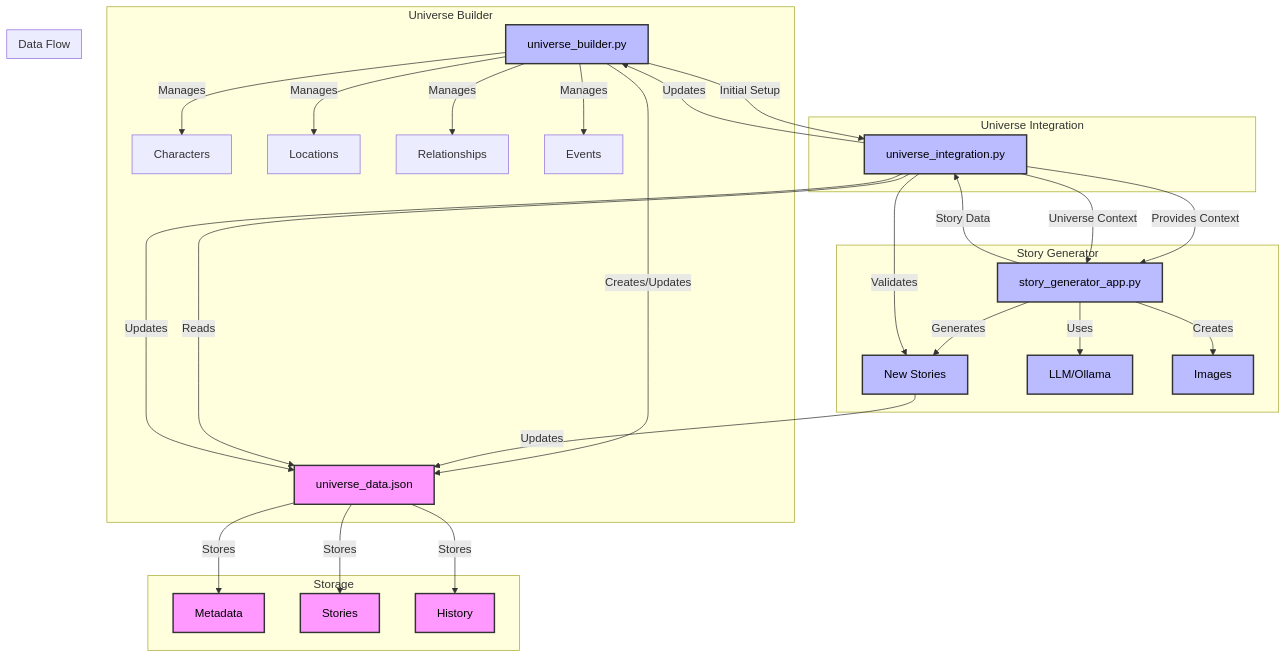
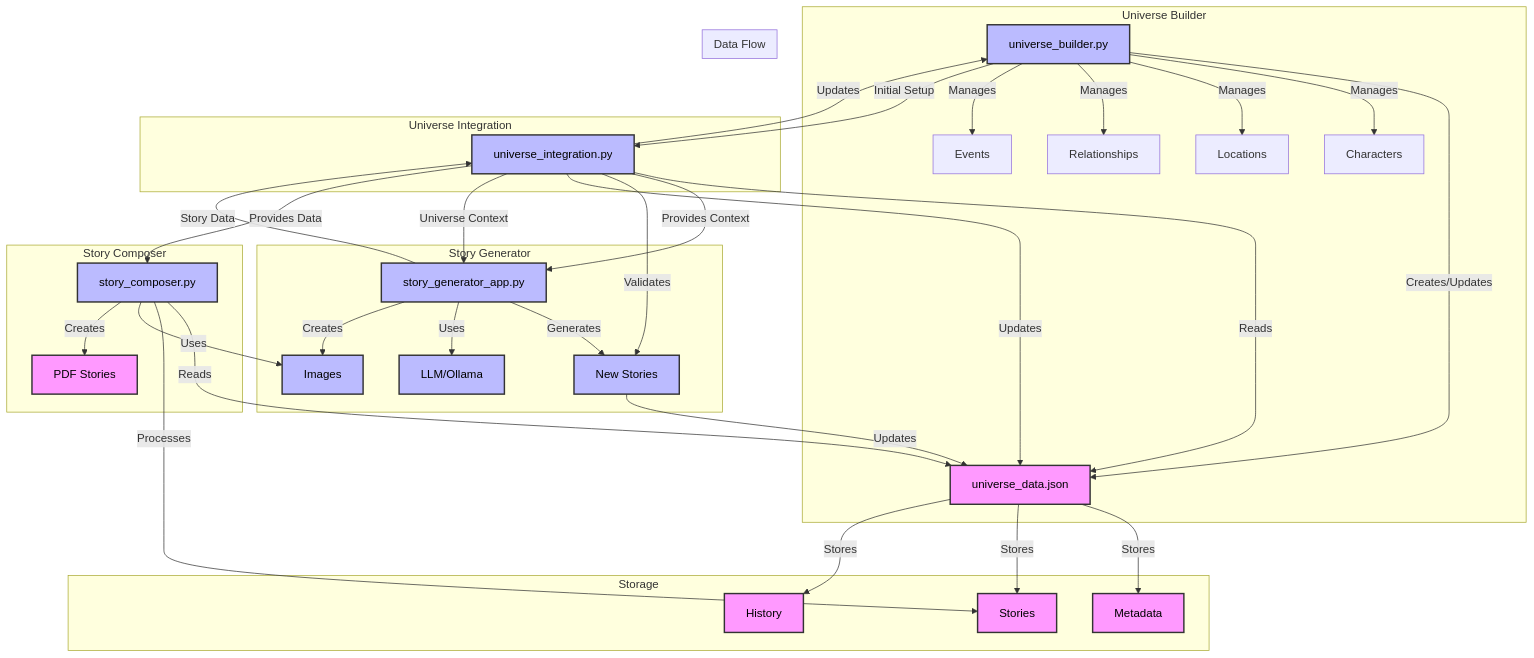
Before and after one commit to sonishbnair/minnal_ammu: the diagram in README.md, drawn with Mermaid. The commit also changed other lines of this file, not shown here.

Commit message:
Updated the architecture with the PDF generator changes

````diff
--- a/README.md
+++ b/README.md
@@ -28,45 +29,54 @@
 ```mermaid
 graph TD
     subgraph "Universe Builder"
         UB[universe_builder.py]
         UB --> |Creates/Updates| UD[universe_data.json]
         UB --> |Manages| CH[Characters]
         UB --> |Manages| LO[Locations]
         UB --> |Manages| RE[Relationships]
         UB --> |Manages| EV[Events]
     end
 
     subgraph "Story Generator"
         SG[story_generator_app.py]
         SG --> |Generates| NS[New Stories]
         SG --> |Uses| LLM[LLM/Ollama]
         SG --> |Creates| IM[Images]
         NS --> |Updates| UD
     end
 
     subgraph "Universe Integration"
         UI[universe_integration.py]
         UI --> |Reads| UD
         UI --> |Provides Context| SG
         UI --> |Validates| NS
         UI --> |Updates| UD
     end
 
     subgraph "Storage"
         UD --> |Stores| MD[Metadata]
         UD --> |Stores| ST[Stories]
         UD --> |Stores| HI[History]
     end
 
+    subgraph "Story Composer"
+        SC[story_composer.py]
+        SC --> |Reads| UD
+        SC --> |Processes| ST
+        SC --> |Uses| IM
+        SC --> |Creates| PDF[PDF Stories]
+    end
+
     subgraph "Data Flow"
         UB --> |Initial Setup| UI
         UI --> |Universe Context| SG
         SG --> |Story Data| UI
         UI --> |Updates| UB
+        UI --> |Provides Data| SC
     end
 
     classDef storage fill:#f9f,stroke:#333,stroke-width:2px,color:#000
     classDef process fill:#bbf,stroke:#333,stroke-width:2px,color:#000
-    class UD,MD,ST,HI storage
-    class UB,SG,UI,NS,LLM,IM process
+    class UD,MD,ST,HI,PDF storage
+    class UB,SG,UI,NS,LLM,IM,SC process
 ```
````
